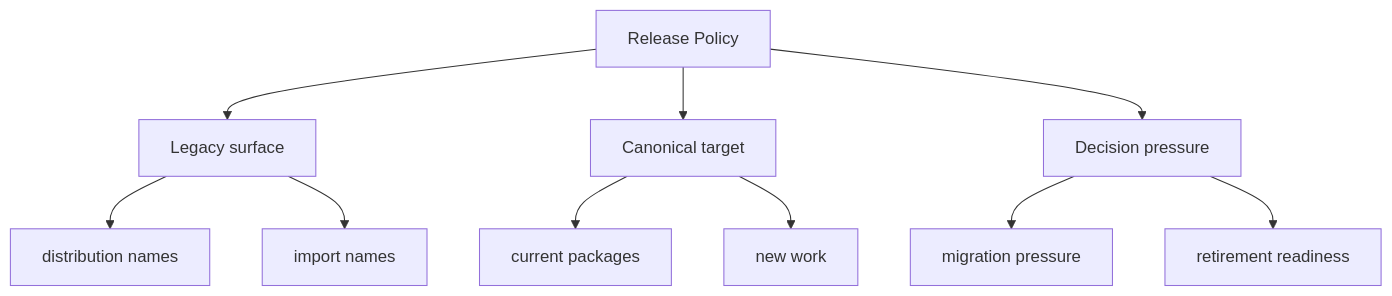
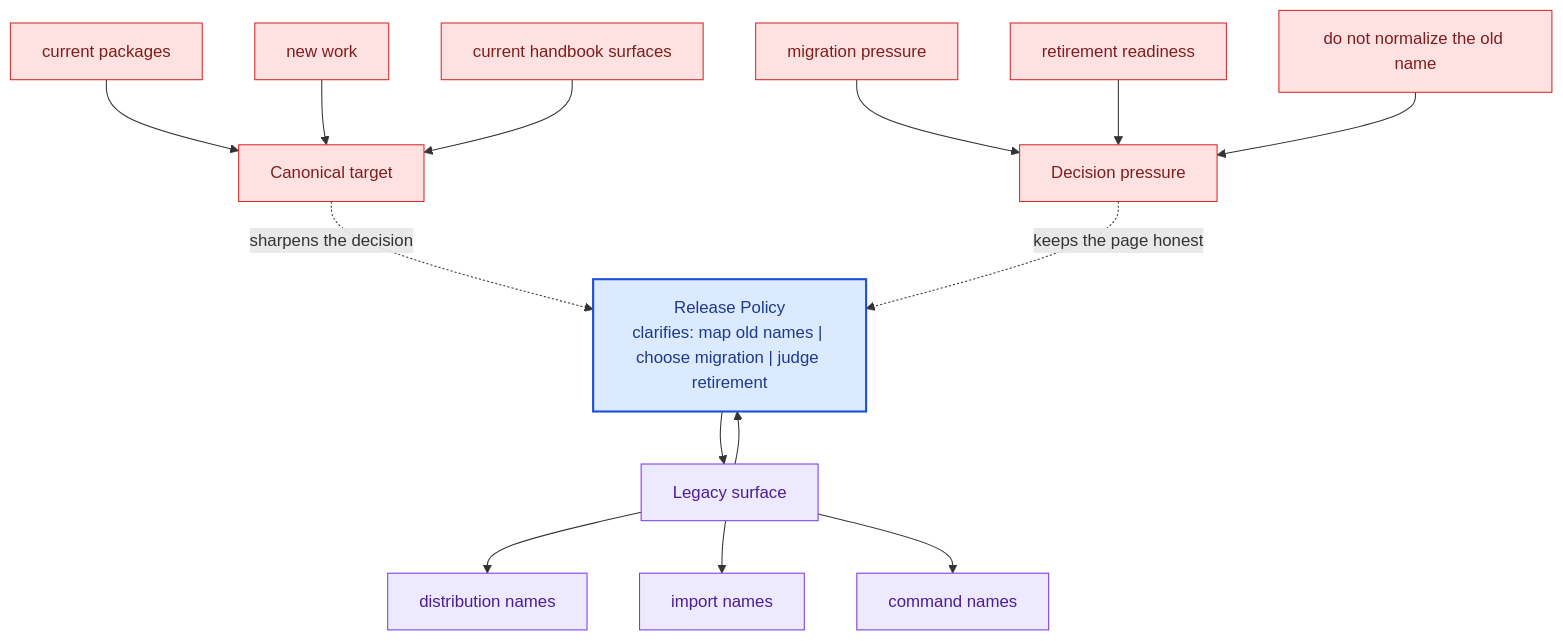
The second of 2 diagrams in docs/compat-packages/release-policy.md (bijux/bijux-canon), drawn with Mermaid before and after one commit. The commit also changed other lines of this file and 281 other files, not shown here.

Commit message:
docs(diagrams): deepen handbook mermaid maps across the catalog

````diff
--- a/docs/compat-packages/release-policy.md
+++ b/docs/compat-packages/release-policy.md
@@ -36,22 +69,40 @@
 ```mermaid
-flowchart TD
-    page["Release Policy"]
+flowchart TB
+    promise["Release Policy<br/>clarifies: map old names | choose migration | judge retirement"]
+    classDef promise fill:#dbeafe,stroke:#1d4ed8,color:#1e3a8a,stroke-width:2px;
+    classDef driver fill:#dcfce7,stroke:#16a34a,color:#14532d;
+    classDef constraint fill:#fee2e2,stroke:#dc2626,color:#7f1d1d;
+    classDef ground fill:#ede9fe,stroke:#7c3aed,color:#4c1d95;
     focus1["Legacy surface"]
-    page --> focus1
+    focus1 --> promise
+    promise --> focus1
     focus1_1["distribution names"]
     focus1 --> focus1_1
     focus1_2["import names"]
     focus1 --> focus1_2
+    focus1_3["command names"]
+    focus1 --> focus1_3
+    class focus1 ground;
+    class focus1_1,focus1_2,focus1_3 ground;
     focus2["Canonical target"]
-    page --> focus2
+    focus2 -.sharpens the decision.-> promise
     focus2_1["current packages"]
-    focus2 --> focus2_1
+    focus2_1 --> focus2
     focus2_2["new work"]
-    focus2 --> focus2_2
+    focus2_2 --> focus2
+    focus2_3["current handbook surfaces"]
+    focus2_3 --> focus2
+    class focus2 constraint;
+    class focus2_1,focus2_2,focus2_3 constraint;
     focus3["Decision pressure"]
-    page --> focus3
+    focus3 -.keeps the page honest.-> promise
     focus3_1["migration pressure"]
-    focus3 --> focus3_1
+    focus3_1 --> focus3
     focus3_2["retirement readiness"]
-    focus3 --> focus3_2
+    focus3_2 --> focus3
+    focus3_3["do not normalize the old name"]
+    focus3_3 --> focus3
+    class focus3 constraint;
+    class focus3_1,focus3_2,focus3_3 constraint;
+    class promise promise;
 ```
````
